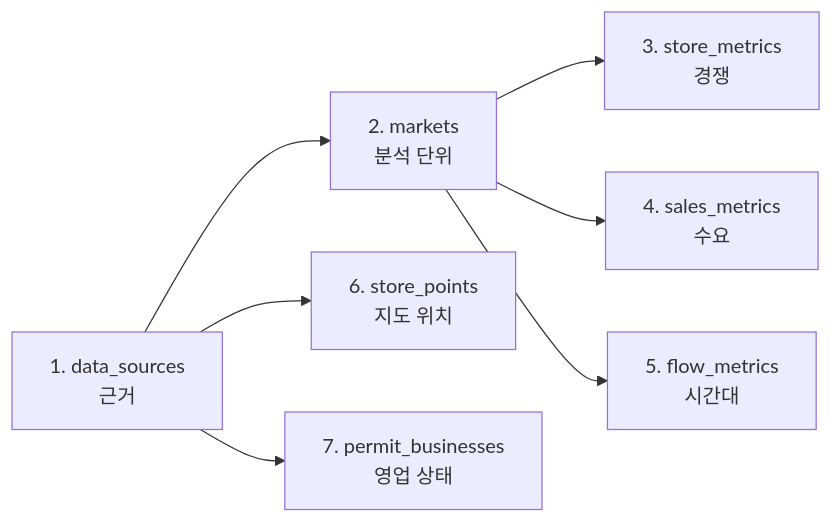
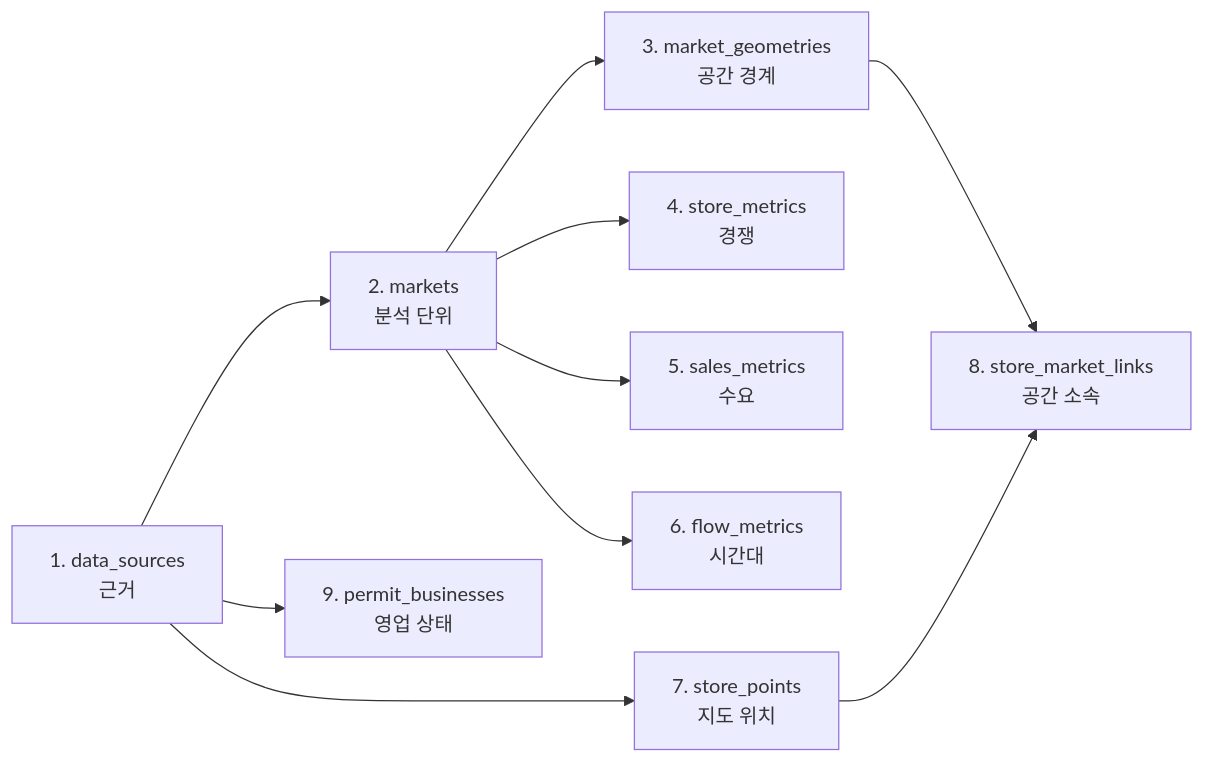
The third of 5 diagrams in docs/data/database-structure.md (Mureung1/hub-showcase), drawn with Mermaid before and after one commit. The commit also changed other lines of this file and 6 other files, not shown here.

First line of the commit message:
feat(db): add market spatial schema

````diff
--- a/docs/data/database-structure.md
+++ b/docs/data/database-structure.md
@@ -182,9 +213,12 @@
 ```mermaid
 flowchart LR
     A["1. data_sources<br/>근거"] --> B["2. markets<br/>분석 단위"]
-    B --> C["3. store_metrics<br/>경쟁"]
-    B --> D["4. sales_metrics<br/>수요"]
-    B --> E["5. flow_metrics<br/>시간대"]
-    A --> F["6. store_points<br/>지도 위치"]
-    A --> G["7. permit_businesses<br/>영업 상태"]
+    B --> C["3. market_geometries<br/>공간 경계"]
+    B --> D["4. store_metrics<br/>경쟁"]
+    B --> E["5. sales_metrics<br/>수요"]
+    B --> F["6. flow_metrics<br/>시간대"]
+    A --> G["7. store_points<br/>지도 위치"]
+    C --> H["8. store_market_links<br/>공간 소속"]
+    G --> H
+    A --> I["9. permit_businesses<br/>영업 상태"]
 ```
````
